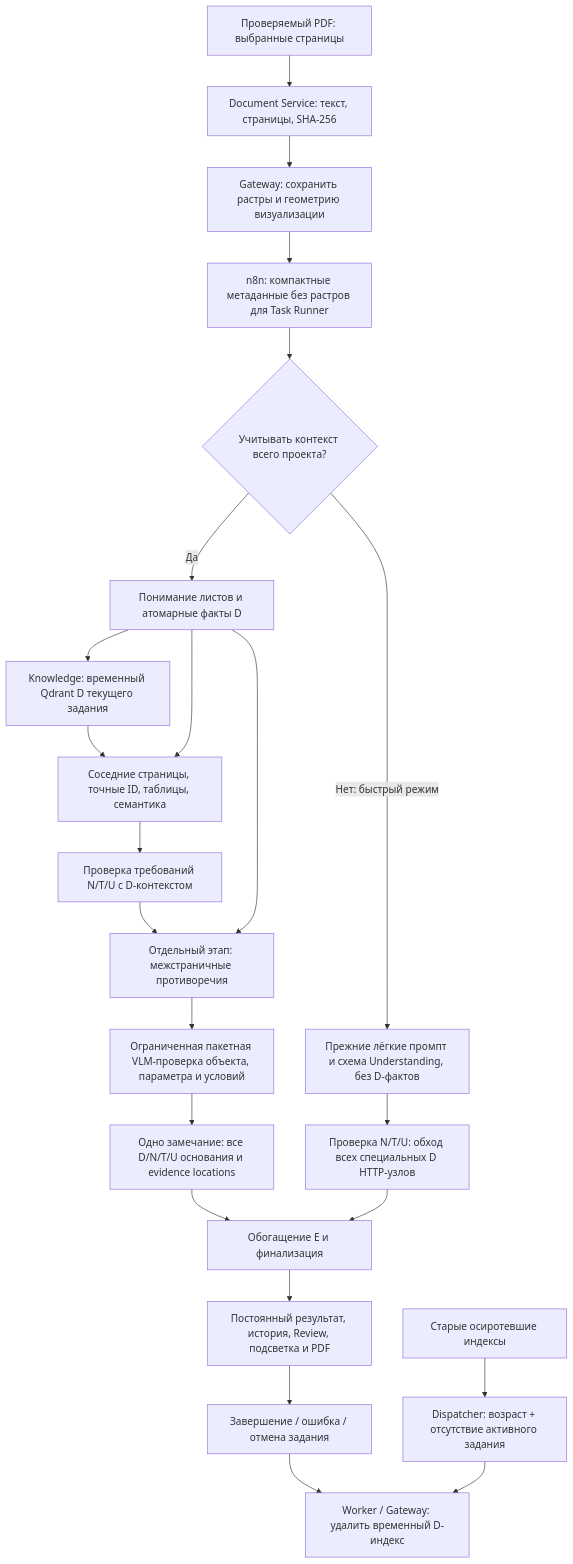
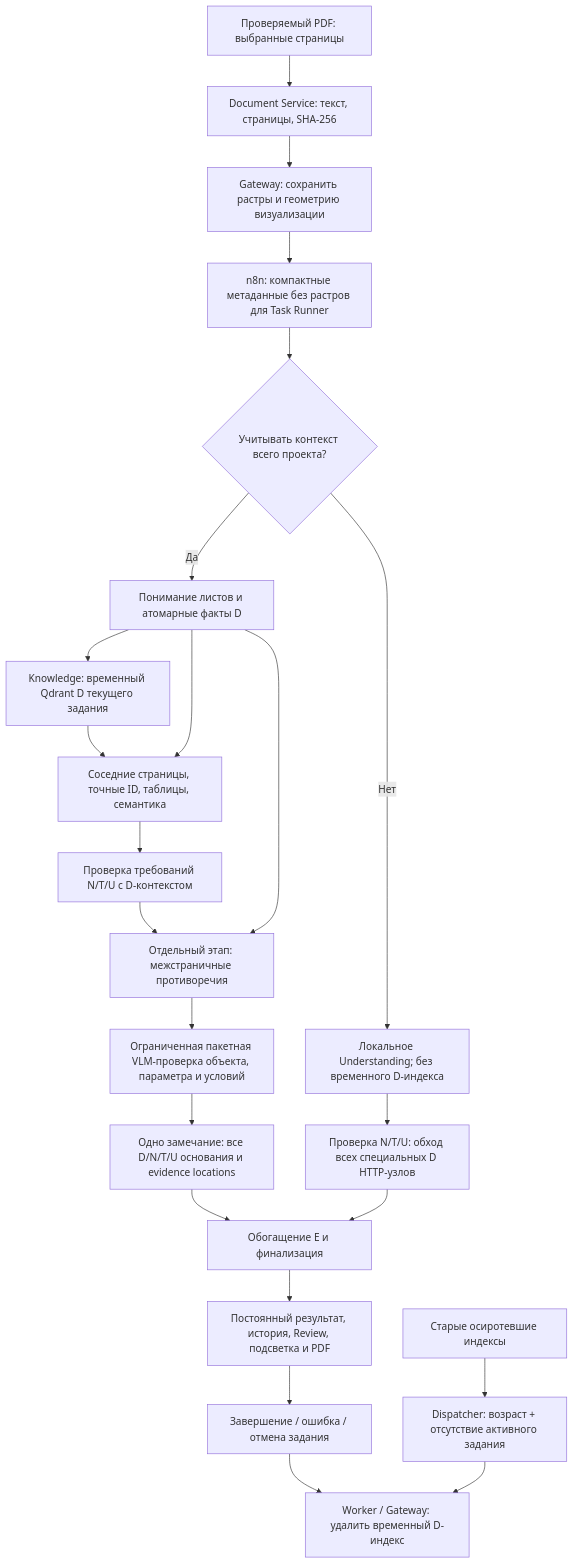
One commit to Amadu-A/PDRD-validation changed the fifth of 34 diagrams in README.md. Above: the diagram before and after it, drawn with Mermaid. The commit also changed other lines of this file and 57 other files, not shown here.

````diff
--- a/README.md
+++ b/README.md
@@ -283,25 +277,25 @@
 ```mermaid
 flowchart TD
     PDF["Проверяемый PDF: выбранные страницы"] --> EXTRACT["Document Service: текст, страницы, SHA-256"]
     EXTRACT --> ARTIFACT["Gateway: сохранить растры и геометрию визуализации"]
     ARTIFACT --> COMPACT["n8n: компактные метаданные без растров для Task Runner"]
     COMPACT --> MODE{"Учитывать контекст всего проекта?"}
-    MODE -->|Нет: быстрый режим| LIGHT["Прежние лёгкие промпт и схема Understanding, без D-фактов"]
+    MODE -->|Нет| LIGHT["Локальное Understanding; без временного D-индекса"]
     LIGHT --> LOCAL["Проверка N/T/U: обход всех специальных D HTTP-узлов"]
     MODE -->|Да| UNDERSTAND["Понимание листов и атомарные факты D"]
     UNDERSTAND --> INDEX["Knowledge: временный Qdrant D текущего задания"]
     INDEX --> SEARCH["Соседние страницы, точные ID, таблицы, семантика"]
     UNDERSTAND --> SEARCH
     SEARCH --> PAGECHECK["Проверка требований N/T/U с D-контекстом"]
     PAGECHECK --> CROSS["Отдельный этап: межстраничные противоречия"]
     UNDERSTAND --> CROSS
     CROSS --> VALIDATE["Ограниченная пакетная VLM-проверка объекта, параметра и условий"]
     VALIDATE --> GROUP["Одно замечание: все D/N/T/U основания и evidence locations"]
     GROUP --> FINAL["Обогащение E и финализация"]
     LOCAL --> FINAL
     FINAL --> SAVE["Постоянный результат, история, Review, подсветка и PDF"]
     SAVE --> END["Завершение / ошибка / отмена задания"]
     END --> CLEAN["Worker / Gateway: удалить временный D-индекс"]
     ORPHAN["Старые осиротевшие индексы"] --> SWEEP["Dispatcher: возраст + отсутствие активного задания"]
     SWEEP --> CLEAN
 ```
````
